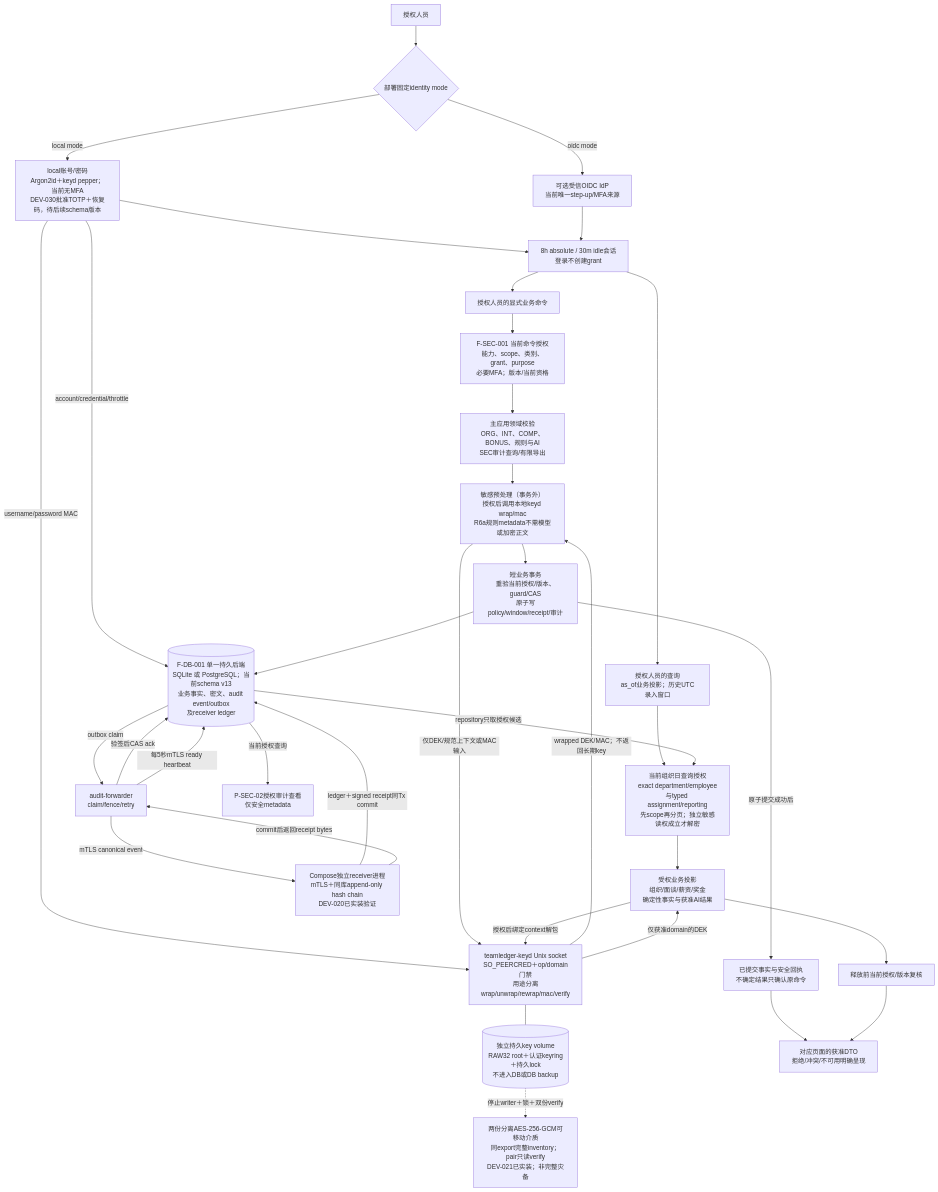
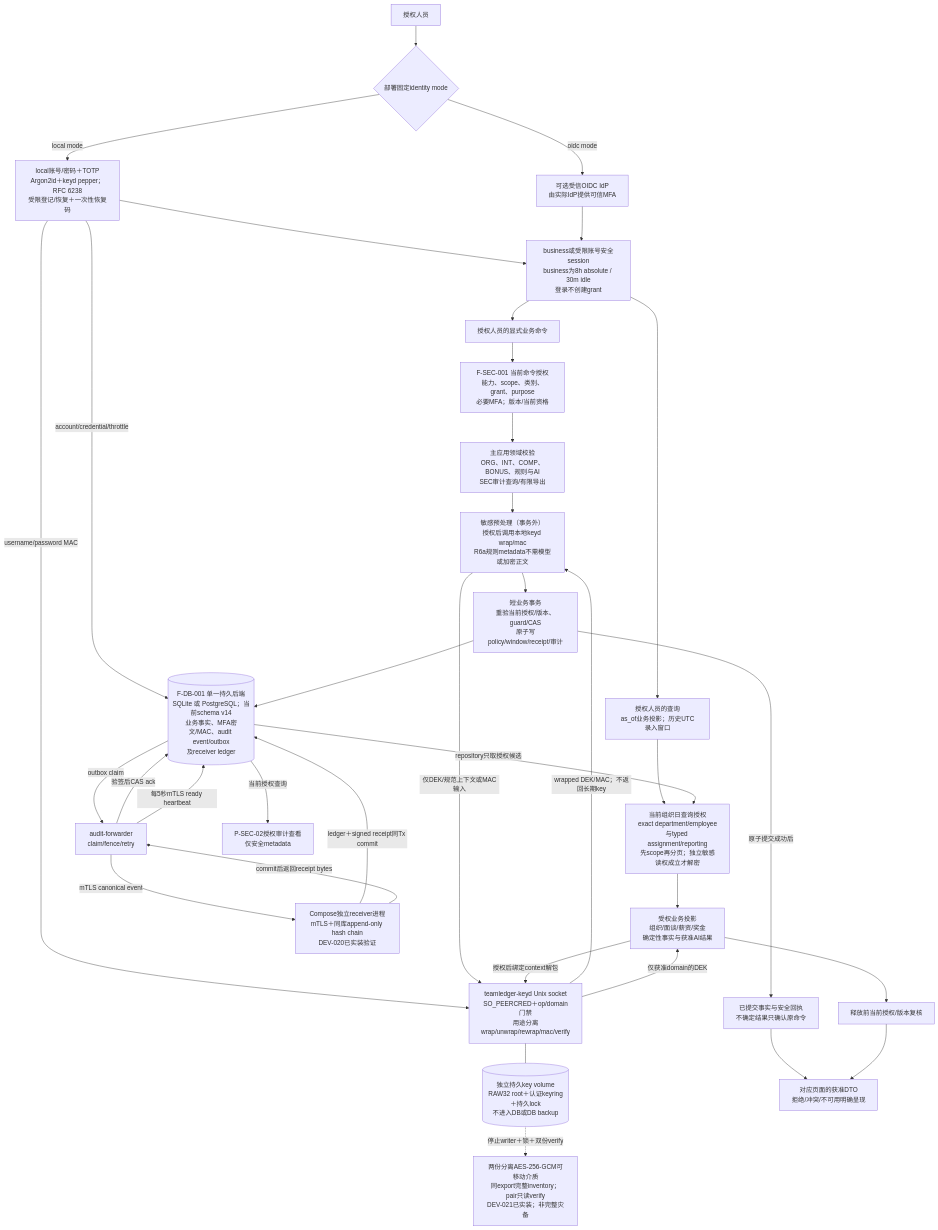
The second of 13 diagrams in docs/FUNCTIONAL_SPEC.md (r404r/team-ledger-pub), drawn with Mermaid before and after one commit. The commit also changed other lines of this file and 11 other files, not shown here.

Commit message:
feat: complete local totp deployment

````diff
--- a/docs/FUNCTIONAL_SPEC.md
+++ b/docs/FUNCTIONAL_SPEC.md
@@ -53,52 +53,52 @@
 ```mermaid
 flowchart TB
     person["授权人员"]
     identity{"部署固定identity mode"}
-    local["local账号/密码<br/>Argon2id＋keyd pepper；当前无MFA<br/>DEV-030批准TOTP＋恢复码，待后续schema版本"]
-    oidc["可选受信OIDC IdP<br/>当前唯一step-up/MFA来源"]
-    session["8h absolute / 30m idle会话<br/>登录不创建grant"]
+    local["local账号/密码＋TOTP<br/>Argon2id＋keyd pepper；RFC 6238<br/>受限登记/恢复＋一次性恢复码"]
+    oidc["可选受信OIDC IdP<br/>由实际IdP提供可信MFA"]
+    session["business或受限账号安全session<br/>business为8h absolute / 30m idle<br/>登录不创建grant"]
     command["授权人员的显式业务命令"]
     gate["F-SEC-001 当前命令授权<br/>能力、scope、类别、grant、purpose<br/>必要MFA；版本/当前资格"]
     domain["主应用领域校验<br/>ORG、INT、COMP、BONUS、规则与AI<br/>SEC审计查询/有限导出"]
     prepare["敏感预处理（事务外）<br/>授权后调用本地keyd wrap/mac<br/>R6a规则metadata不需模型或加密正文"]
     keyd["teamledger-keyd Unix socket<br/>SO_PEERCRED＋op/domain门禁<br/>用途分离wrap/unwrap/rewrap/mac/verify"]
     keyfiles[("独立持久key volume<br/>RAW32 root＋认证keyring＋持久lock<br/>不进入DB或DB backup")]
     offline["两份分离AES-256-GCM可移动介质<br/>同export完整inventory；pair只读verify<br/>DEV-021已实装；非完整灾备"]
     tx["短业务事务<br/>重验当前授权/版本、guard/CAS<br/>原子写policy/window/receipt/审计"]
-    store[("F-DB-001 单一持久后端<br/>SQLite 或 PostgreSQL；当前schema v13<br/>业务事实、密文、audit event/outbox<br/>及receiver ledger")]
+    store[("F-DB-001 单一持久后端<br/>SQLite 或 PostgreSQL；当前schema v14<br/>业务事实、MFA密文/MAC、audit event/outbox<br/>及receiver ledger")]
     receipt["已提交事实与安全回执<br/>不确定结果只确认原命令"]
     query["授权人员的查询<br/>as_of业务投影；历史UTC录入窗口"]
     readgate["当前组织日查询授权<br/>exact department/employee与typed assignment/reporting<br/>先scope再分页；独立敏感读权成立才解密"]
     projection["受权业务投影<br/>组织/面谈/薪资/奖金<br/>确定性事实与获准AI结果"]
     release["释放前当前授权/版本复核"]
     view["对应页面的获准DTO<br/>拒绝/冲突/不可用明确呈现"]
     forwarder["audit-forwarder<br/>claim/fence/retry"]
     receiver["Compose独立receiver进程<br/>mTLS＋同库append-only hash chain<br/>DEV-020已实装验证"]
     audit["P-SEC-02授权审计查看<br/>仅安全metadata"]
 
     person --> identity
     identity -->|"local mode"| local --> session
     identity -->|"oidc mode"| oidc --> session
     local -->|"username/password MAC"| keyd
     local -->|"account/credential/throttle"| store
     session --> command
     session --> query
     command --> gate --> domain --> prepare --> tx --> store
     prepare -->|"仅DEK/规范上下文或MAC输入"| keyd
     keyd -->|"wrapped DEK/MAC；不返回长期key"| prepare
     keyd --- keyfiles
     keyfiles -.->|"停止writer＋锁＋双份verify"| offline
     tx -->|"原子提交成功后"| receipt --> view
     query --> readgate
     store -->|"repository只取授权候选"| readgate
     readgate --> projection --> release --> view
     projection -->|"授权后绑定context解包"| keyd
     keyd -->|"仅获准domain的DEK"| projection
     store -->|"outbox claim"| forwarder
     forwarder -->|"mTLS canonical event"| receiver
     receiver -->|"ledger＋signed receipt同Tx commit"| store
     receiver -->|"commit后返回receipt bytes"| forwarder
     forwarder -->|"验签后CAS ack"| store
     forwarder -->|"每5秒mTLS ready heartbeat"| store
     store -->|"当前授权查询"| audit
 ```
````
